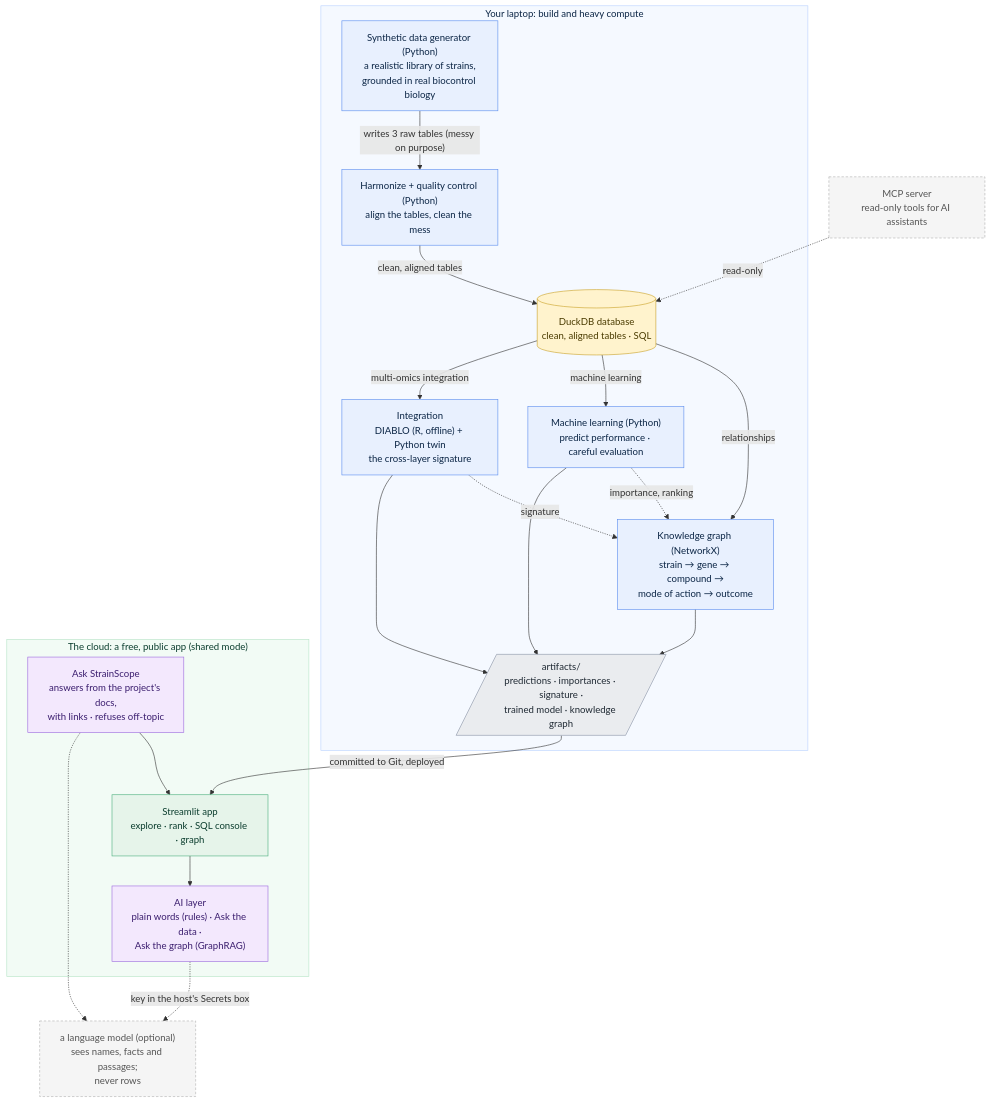
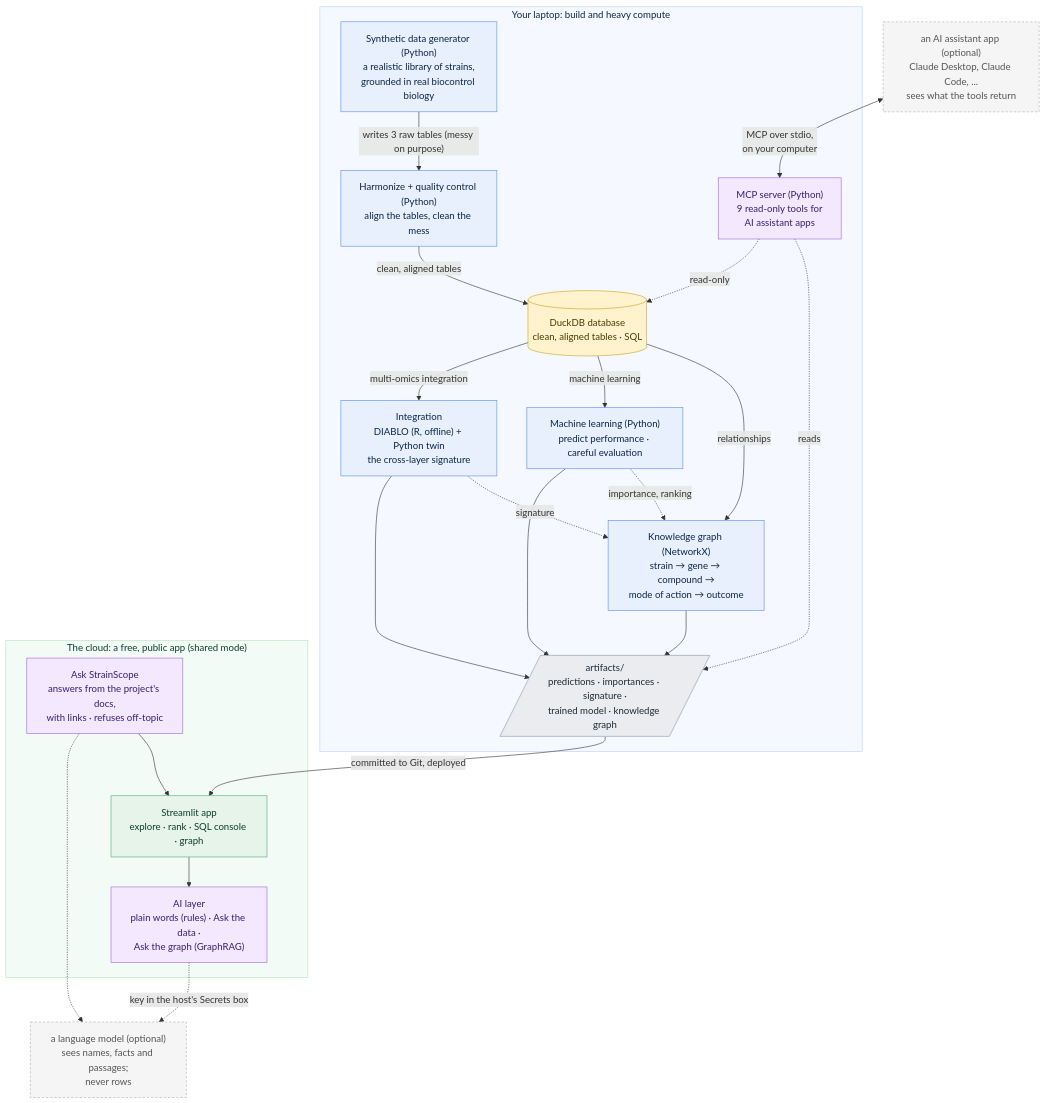
The diagram in README.md (akannan2987/strainscope), drawn with Mermaid before and after one commit. The commit also changed other lines of this file and 34 other files, not shown here.

Commit message:
feat: add the MCP server: nine read-only tools for AI assistant apps

````diff
--- a/README.md
+++ b/README.md
@@ -130,50 +131,53 @@
 ```mermaid
 flowchart TD
     subgraph LAPTOP["Your laptop: build and heavy compute"]
         A["Synthetic data generator (Python)<br/>a realistic library of strains,<br/>grounded in real biocontrol biology"]
         B["Harmonize + quality control (Python)<br/>align the tables, clean the mess"]
         C[("DuckDB database<br/>clean, aligned tables · SQL")]
         D["Integration<br/>DIABLO (R, offline) + Python twin<br/>the cross-layer signature"]
         E["Machine learning (Python)<br/>predict performance · careful evaluation"]
         F["Knowledge graph (NetworkX)<br/>strain → gene → compound →<br/>mode of action → outcome"]
         G[/"artifacts/<br/>predictions · importances · signature ·<br/>trained model · knowledge graph"/]
+        M["MCP server (Python)<br/>9 read-only tools for<br/>AI assistant apps"]
     end
     subgraph CLOUD["The cloud: a free, public app (shared mode)"]
         H["Streamlit app<br/>explore · rank · SQL console · graph"]
         I["AI layer<br/>plain words (rules) · Ask the data ·<br/>Ask the graph (GraphRAG)"]
         Q["Ask StrainScope<br/>answers from the project's docs,<br/>with links · refuses off-topic"]
     end
     L["a language model (optional)<br/>sees names, facts and passages;<br/>never rows"]
-    M["MCP server<br/>read-only tools for AI assistants"]
+    N["an AI assistant app (optional)<br/>Claude Desktop, Claude Code, ...<br/>sees what the tools return"]
     A -->|"writes 3 raw tables (messy on purpose)"| B
     B -->|clean, aligned tables| C
     C -->|multi-omics integration| D
     C -->|machine learning| E
     C -->|relationships| F
     D --> G
     E --> G
     D -.->|signature| F
     E -.->|importance, ranking| F
     F --> G
     G -->|committed to Git, deployed| H
     H --> I
     I -.->|"key in the host's Secrets box"| L
     Q -.-> L
     Q --> H
     M -.->|read-only| C
+    M -.->|reads| G
+    N <-->|"MCP over stdio,<br/>on your computer"| M
 
     classDef laptop fill:#E8F0FE,stroke:#5B8DEF,color:#0B2545;
     classDef store fill:#FFF3CD,stroke:#C9A227,color:#4A3B00;
     classDef artifact fill:#EAECEF,stroke:#8A94A6,color:#1F2933;
     classDef cloud fill:#E6F4EA,stroke:#4CAF7D,color:#0B3D2E;
     classDef ai fill:#F3E8FD,stroke:#9C6ADE,color:#3A1D6E;
     classDef roadmap fill:#F5F5F5,stroke:#B0B0B0,color:#555555,stroke-dasharray:4 3;
     class A,B,D,E,F laptop
     class C store
     class G artifact
     class H cloud
-    class I,Q ai
-    class M,L roadmap
+    class I,Q,M ai
+    class L,N roadmap
     style LAPTOP fill:#F5F9FF,stroke:#B9D2FF,color:#0B2545
     style CLOUD fill:#F2FBF5,stroke:#B7E4C7,color:#0B3D2E
 ```
````
